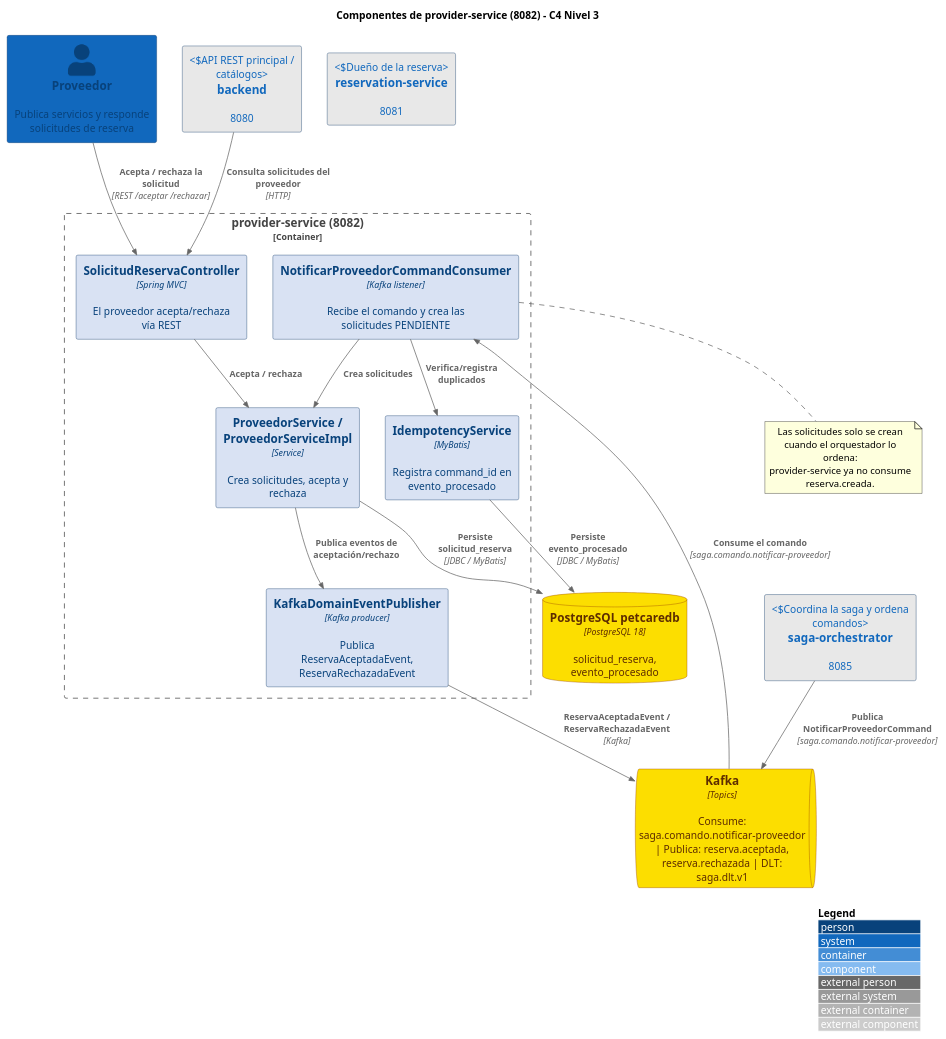
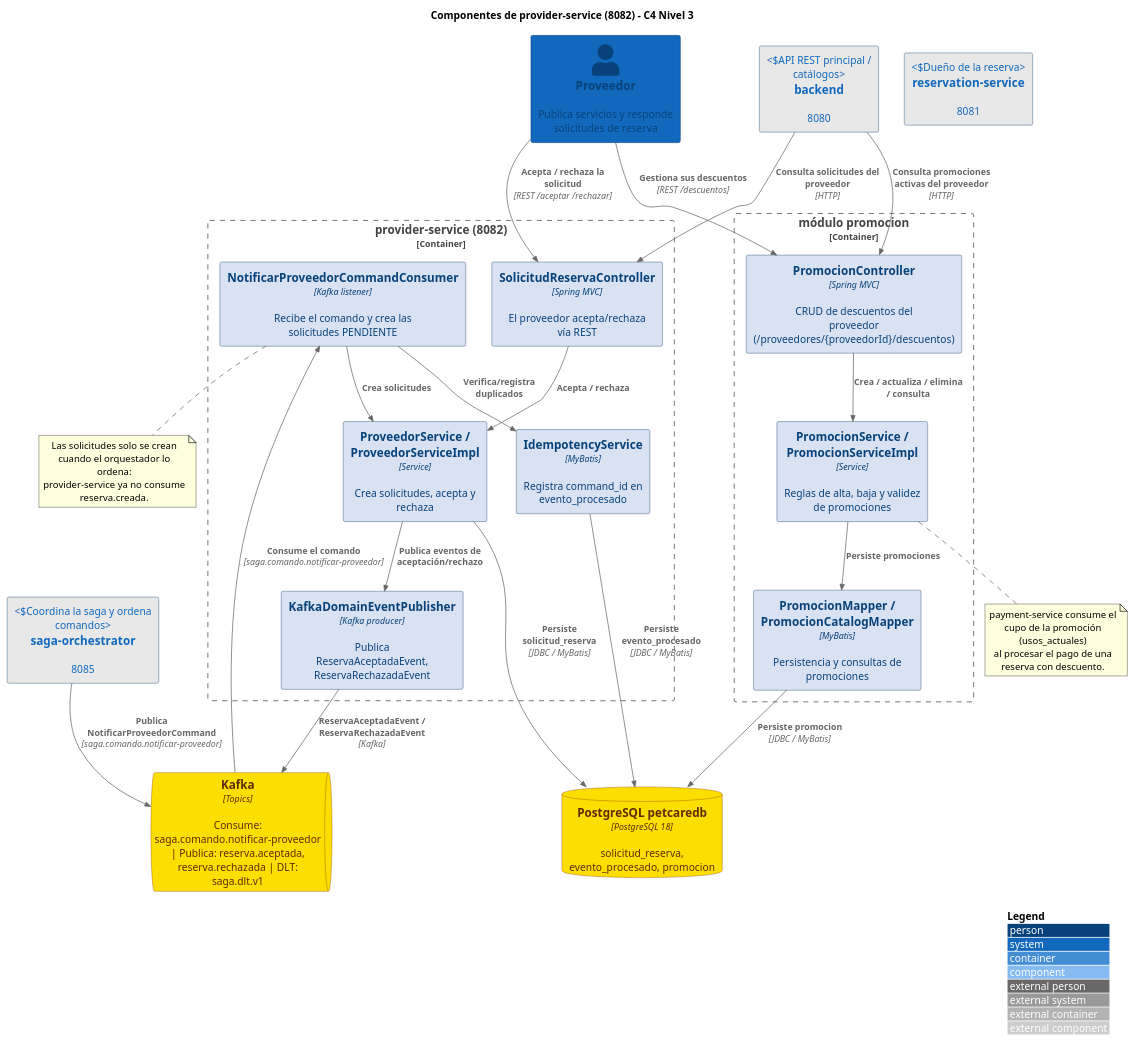
The diagram in diagramas/3-componentes-provider-service.puml (rolyjuarez/PetCare), drawn with PlantUML before and after one commit. The commit also changed 44 other files, not shown here.

```diff
--- a/diagramas/3-componentes-provider-service.puml
+++ b/diagramas/3-componentes-provider-service.puml
@@ -1,70 +1,90 @@
 @startuml
 !includeurl https://raw.githubusercontent.com/plantuml-stdlib/C4-PlantUML/master/C4_Component.puml
 
 ' ============================================================================
 ' PETCare - Componentes de provider-service (8082) - C4 Nivel 3
 ' ============================================================================
 
 title Componentes de provider-service (8082) - C4 Nivel 3
 
 ' ---------------------------------------------------------------------------
 ' Estilos
 ' ---------------------------------------------------------------------------
 UpdateElementStyle(component, $fontColor="#08427B", $borderColor="#052F61", $bgColor="#D9E2F3")
 UpdateElementStyle(person, $fontColor="#08427B", $borderColor="#052F61", $bgColor="#1168BD")
 UpdateElementStyle(container, $fontColor="#5D2C00", $borderColor="#963B00", $bgColor="#FCDE00")
 UpdateElementStyle(database, $fontColor="#08427B", $borderColor="#052F61", $bgColor="#A9D2FF")
 UpdateElementStyle(queue, $fontColor="#1168BD", $borderColor="#052F61", $bgColor="#F5F5F5")
 UpdateElementStyle(external_system, $fontColor="#1168BD", $borderColor="#052F61", $bgColor="#E8E8E8")
 UpdateElementStyle(boundary, $borderColor="#2F4F4F", $fontColor="#2F4F4F", $bgColor="#F0F0F0")
 
 ' ---------------------------------------------------------------------------
 ' Personas
 ' ---------------------------------------------------------------------------
 Person(proveedor, "Proveedor", "Publica servicios y responde solicitudes de reserva")
 
 ' ---------------------------------------------------------------------------
 ' Elementos externos
 ' ---------------------------------------------------------------------------
 System_Ext(sa, "saga-orchestrator", "8085", "Coordina la saga y ordena comandos")
 System_Ext(backend, "backend", "8080", "API REST principal / catálogos")
 System_Ext(rs, "reservation-service", "8081", "Dueño de la reserva")
 
 ContainerQueue(kafka, "Kafka", "Topics", "Consume: saga.comando.notificar-proveedor | Publica: reserva.aceptada, reserva.rechazada | DLT: saga.dlt.v1")
-ContainerDb(db, "PostgreSQL petcaredb", "PostgreSQL 18", "solicitud_reserva, evento_procesado")
+ContainerDb(db, "PostgreSQL petcaredb", "PostgreSQL 18", "solicitud_reserva, evento_procesado, promocion")
 
 ' ---------------------------------------------------------------------------
-' Componentes internos
+' Componentes internos - solicitudes de reserva
 ' ---------------------------------------------------------------------------
 Container_Boundary(ps, "provider-service (8082)") {
     Component(ps_consumer, "NotificarProveedorCommandConsumer", "Kafka listener", "Recibe el comando y crea las solicitudes PENDIENTE")
     Component(ps_svc, "ProveedorService / ProveedorServiceImpl", "Service", "Crea solicitudes, acepta y rechaza")
     Component(ps_api, "SolicitudReservaController", "Spring MVC", "El proveedor acepta/rechaza vía REST")
     Component(ps_pub, "KafkaDomainEventPublisher", "Kafka producer", "Publica ReservaAceptadaEvent, ReservaRechazadaEvent")
     Component(ps_idem, "IdempotencyService", "MyBatis", "Registra command_id en evento_procesado")
 
     Rel(ps_consumer, ps_svc, "Crea solicitudes")
     Rel(ps_api, ps_svc, "Acepta / rechaza")
     Rel(ps_svc, ps_pub, "Publica eventos de aceptación/rechazo")
     Rel(ps_consumer, ps_idem, "Verifica/registra duplicados")
 }
 
 ' ---------------------------------------------------------------------------
+' Componentes internos - promociones / descuentos
+' ---------------------------------------------------------------------------
+Container_Boundary(pp, "módulo promocion") {
+    Component(pp_api, "PromocionController", "Spring MVC", "CRUD de descuentos del proveedor (/proveedores/{proveedorId}/descuentos)")
+    Component(pp_svc, "PromocionService / PromocionServiceImpl", "Service", "Reglas de alta, baja y validez de promociones")
+    Component(pp_mapper, "PromocionMapper / PromocionCatalogMapper", "MyBatis", "Persistencia y consultas de promociones")
+
+    Rel(pp_api, pp_svc, "Crea / actualiza / elimina / consulta")
+    Rel(pp_svc, pp_mapper, "Persiste promociones")
+}
+
+' ---------------------------------------------------------------------------
 ' Relaciones con el exterior
 ' ---------------------------------------------------------------------------
 Rel(sa, kafka, "Publica NotificarProveedorCommand", "saga.comando.notificar-proveedor")
 Rel(kafka, ps_consumer, "Consume el comando", "saga.comando.notificar-proveedor")
 Rel(proveedor, ps_api, "Acepta / rechaza la solicitud", "REST /aceptar /rechazar")
+Rel(proveedor, pp_api, "Gestiona sus descuentos", "REST /descuentos")
 Rel(backend, ps_api, "Consulta solicitudes del proveedor", "HTTP")
+Rel(backend, pp_api, "Consulta promociones activas del proveedor", "HTTP")
 Rel(ps_pub, kafka, "ReservaAceptadaEvent / ReservaRechazadaEvent", "Kafka")
 Rel(ps_svc, db, "Persiste solicitud_reserva", "JDBC / MyBatis")
 Rel(ps_idem, db, "Persiste evento_procesado", "JDBC / MyBatis")
+Rel(pp_mapper, db, "Persiste promocion", "JDBC / MyBatis")
 
 note bottom of ps_consumer
   Las solicitudes solo se crean cuando el orquestador lo ordena:
   provider-service ya no consume reserva.creada.
 end note
 
+note bottom of pp_svc
+  payment-service consume el cupo de la promoción (usos_actuales)
+  al procesar el pago de una reserva con descuento.
+end note
+
 LAYOUT_WITH_LEGEND()
 
 @enduml
```
